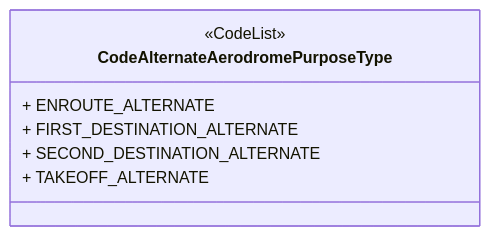
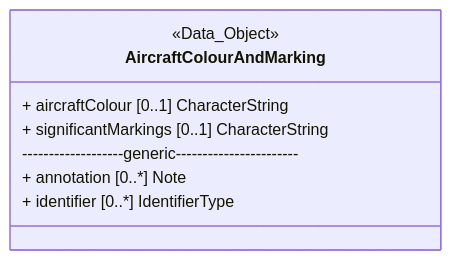
The seventh of 46 diagrams in README.md (hlepori/testAIRM), drawn with Mermaid before and after one commit. The commit also changed other lines of this file, not shown here.

````diff
--- a/README.md
+++ b/README.md
@@ -333,10 +257,11 @@
 ```mermaid	
 classDiagram	
-class CodeAlternateAerodromePurposeType	
-<<CodeList>> CodeAlternateAerodromePurposeType	
-link CodeAlternateAerodromePurposeType "https://airm.aero/developers/advanced-search/1.0.0/CodeAlternateAerodromePurposeType?model=LogicalModel" "Go to definition"	
-CodeAlternateAerodromePurposeType : + ENROUTE_ALTERNATE	
-CodeAlternateAerodromePurposeType : + FIRST_DESTINATION_ALTERNATE	
-CodeAlternateAerodromePurposeType : + SECOND_DESTINATION_ALTERNATE	
-CodeAlternateAerodromePurposeType : + TAKEOFF_ALTERNATE	
+class AircraftColourAndMarking	
+<<Data_Object>> AircraftColourAndMarking	
+link AircraftColourAndMarking "https://airm.aero/developers/advanced-search/1.0.0/AircraftColourAndMarking?model=LogicalModel" "Go to definition"	
+AircraftColourAndMarking : + aircraftColour [0..1] CharacterString	
+AircraftColourAndMarking : + significantMarkings [0..1] CharacterString	
+AircraftColourAndMarking: -------------------generic-----------------------	
+AircraftColourAndMarking : + annotation [0..*] Note	
+AircraftColourAndMarking : + identifier [0..*] IdentifierType	
 ```	
````
